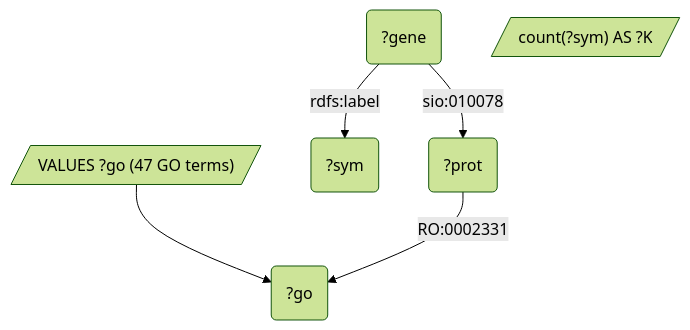
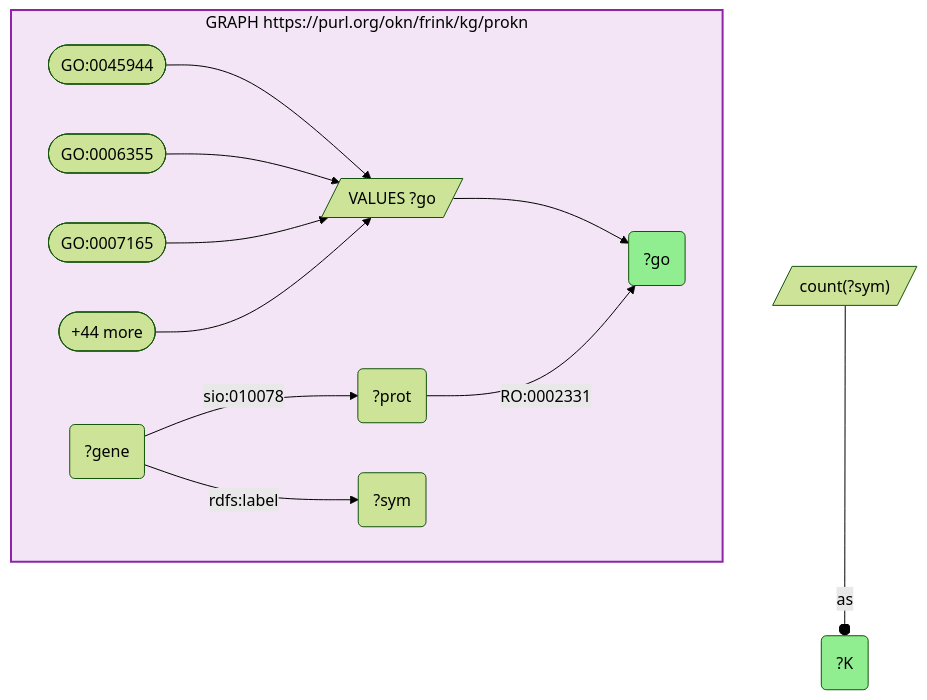
One commit to sbl-sdsc/mcp-okn changed diagram 12 of 16 in docs/examples/Bisphenol-Exposome/Bisphenol-Exposome_reproducibility.md. Above: the diagram before and after it, drawn with Mermaid (forest theme). The commit also changed other lines of this file and 2 other files, not shown here.

First line of the commit message:
fix(examples): restore KG boxes in Bisphenol-Exposome reproducibility diagrams

````diff
--- a/docs/examples/Bisphenol-Exposome/Bisphenol-Exposome_reproducibility.md
+++ b/docs/examples/Bisphenol-Exposome/Bisphenol-Exposome_reproducibility.md
@@ -416,8 +651,29 @@
 ```mermaid
 graph TD
-  q12bind[/"VALUES ?go (47 GO terms)"/] --> v2("?go")
-  q12v5("?gene") --"rdfs:label"--> v7("?sym")
-  q12v5 --"sio:010078"--> v6("?prot")
-  v6 --"RO:0002331"--> v2
-  q12cnt[/"count(?sym) AS ?K"/]
+classDef projected fill:lightgreen;
+classDef literal fill:orange;
+classDef iri fill:yellow;
+  q12v1("?K"):::projected 
+  q12v5("?gene")
+  q12v2("?go"):::projected 
+  q12v6("?prot")
+  q12v7("?sym")
+  subgraph q12graph0["GRAPH https://purl.org/okn/frink/kg/prokn"]
+    style q12graph0 fill:#f3e5f5,stroke:#8e24aa,stroke-width:2px,color:#000;
+    q12graph0bind0[/"VALUES ?go"/]
+    q12graph0bind0-->q12v2
+    q12graph0bind00(["GO:0045944"])
+    q12graph0bind00 --> q12graph0bind0
+    q12graph0bind01(["GO:0006355"])
+    q12graph0bind01 --> q12graph0bind0
+    q12graph0bind02(["GO:0007165"])
+    q12graph0bind02 --> q12graph0bind0
+    q12graph0bind0more([+44 more])
+    q12graph0bind0more --> q12graph0bind0
+    q12v5 --"sio:010078"--> q12v6
+    q12v5 --"rdfs:label"--> q12v7
+    q12v6 --"RO:0002331"--> q12v2
+  end
+  q12bind1[/"count(?sym)"/]
+  q12bind1 --as--o q12v1
 ```
````
